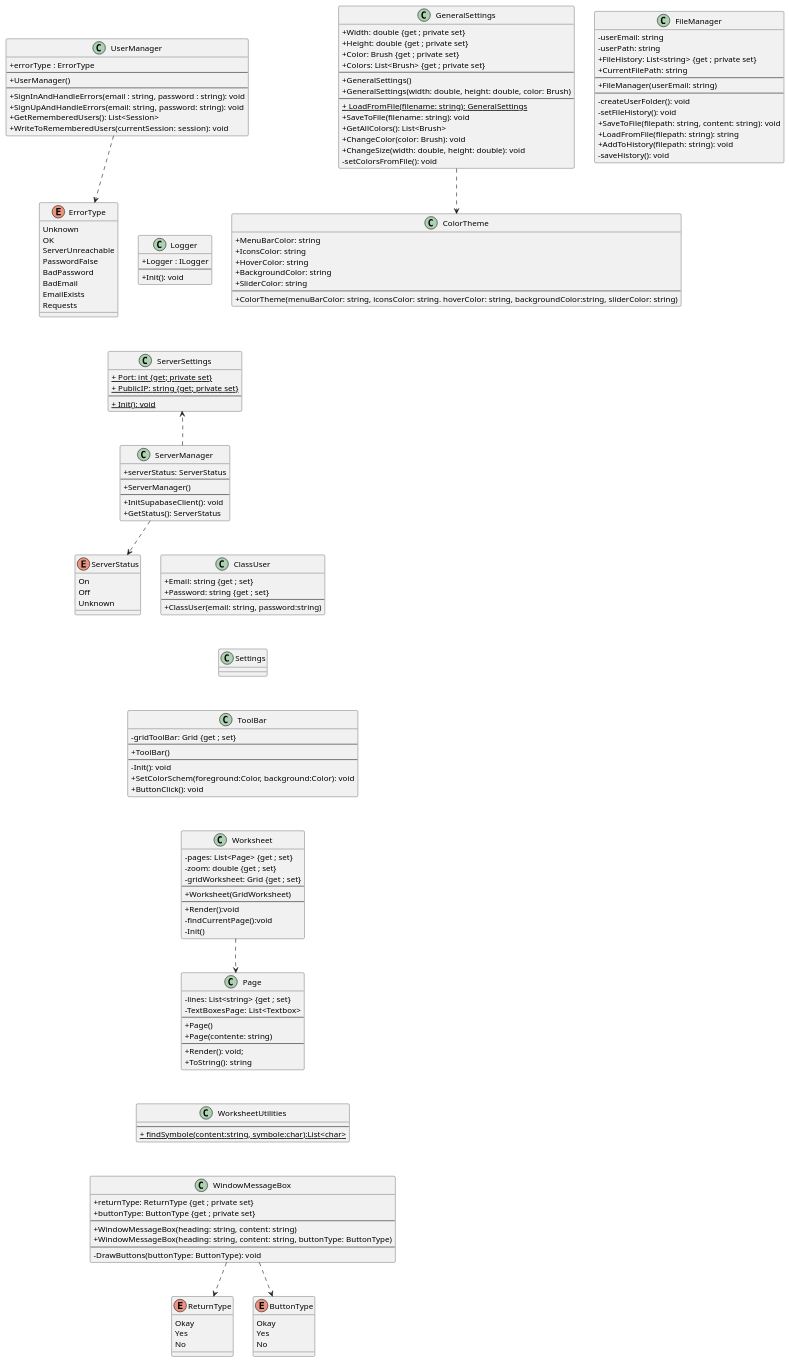
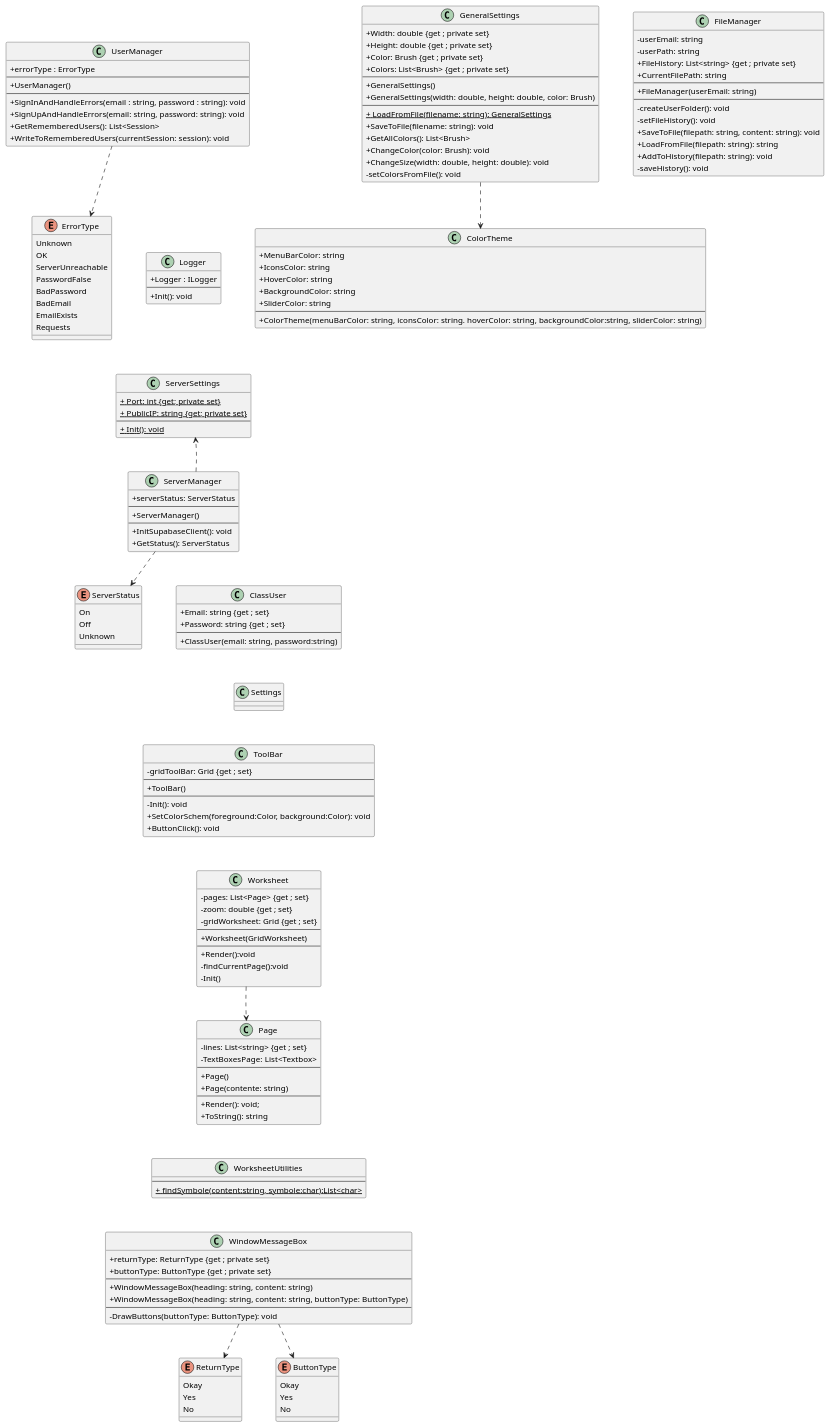
The diagram in doc/idea.md (potexxi/MarkIt), drawn with PlantUML before and after one commit. The commit also changed 1 other file, not shown here.

Commit message:
documentation

```diff
--- a/doc/idea.md
+++ b/doc/idea.md
@@ -62,6 +62,9 @@
 @startuml
 top to bottom direction
 skinparam classAttributeIconSize 0
+skinparam padding 1
+skinparam nodesep 60
+skinparam ranksep 60
 
 class UserManager {
     + errorType : ErrorType
```
